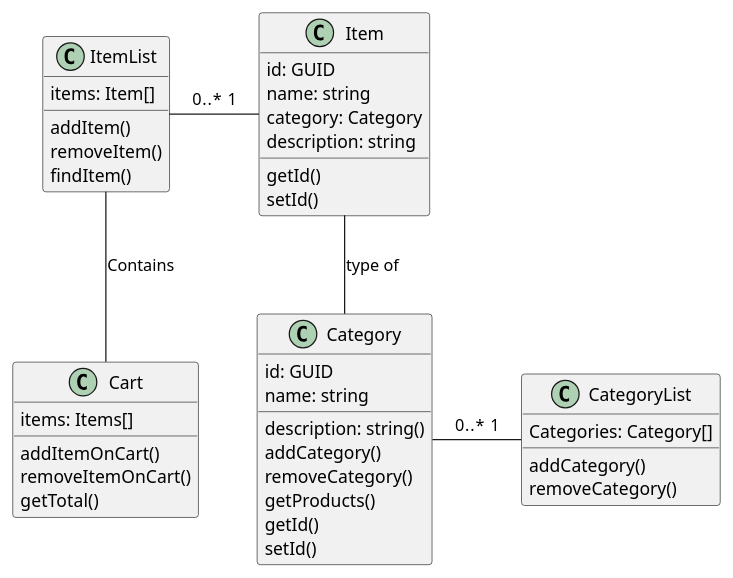
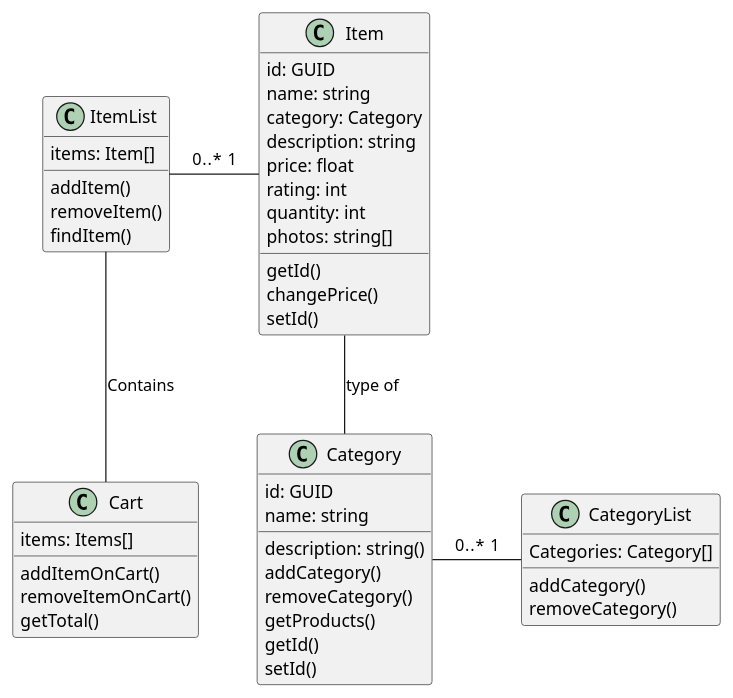
Before and after one commit to naisu1412/ShoeMart: the diagram in Diagrams/shoemart.puml, drawn with PlantUML. The commit also changed 22 other files, not shown here.

```diff
--- a/Diagrams/shoemart.puml
+++ b/Diagrams/shoemart.puml
@@ -1,47 +1,51 @@
-@startuml
-
+@startuml Shoemart
 class Item {
     id: GUID
     name: string
     category: Category
     description: string
+    price: float
+    rating: int
+    quantity: int
+    photos: string[]
     getId()
+    changePrice()
     setId()
 }
 
 class ItemList {
     items: Item[]
     addItem()
     removeItem()
     findItem()
 }
 
 class Category {
     id: GUID
     name: string
     description: string()
     addCategory()
     removeCategory()
     getProducts()
     getId()
     setId()
 }
 
 class CategoryList {
     Categories: Category[]
     addCategory()
     removeCategory()
 }
 
 class Cart {
     items: Items[]
     addItemOnCart()
     removeItemOnCart()
     getTotal()
 }
 
 ItemList -- Cart: Contains
 ItemList - Item: 0..*  1
 Item -- Category: type of
 Category - CategoryList: 0..*  1
 @enduml
```
